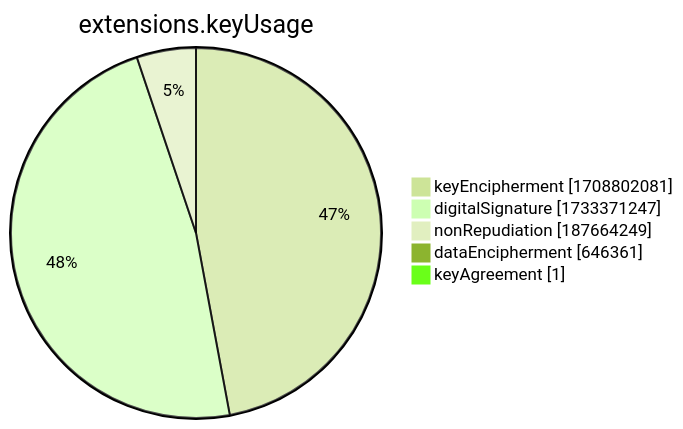
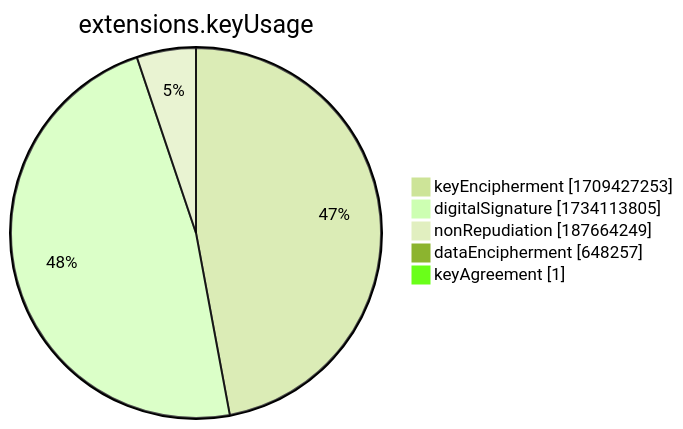
Before and after one commit to christiankrug/ctmonitor_visualization: the seventh of 15 diagrams in xenon2022/README.md, drawn with Mermaid (forest theme). The commit also changed other lines of this file, not shown here.

````diff
--- a/xenon2022/README.md
+++ b/xenon2022/README.md
@@ -2858,9 +2858,9 @@
 ```mermaid
 pie showData
 title extensions.keyUsage
-"keyEncipherment" :1708802081
-"digitalSignature" :1733371247
+"keyEncipherment" :1709427253
+"digitalSignature" :1734113805
 "nonRepudiation" :187664249
-"dataEncipherment" :646361
+"dataEncipherment" :648257
 "keyAgreement" :1
 ```
````
